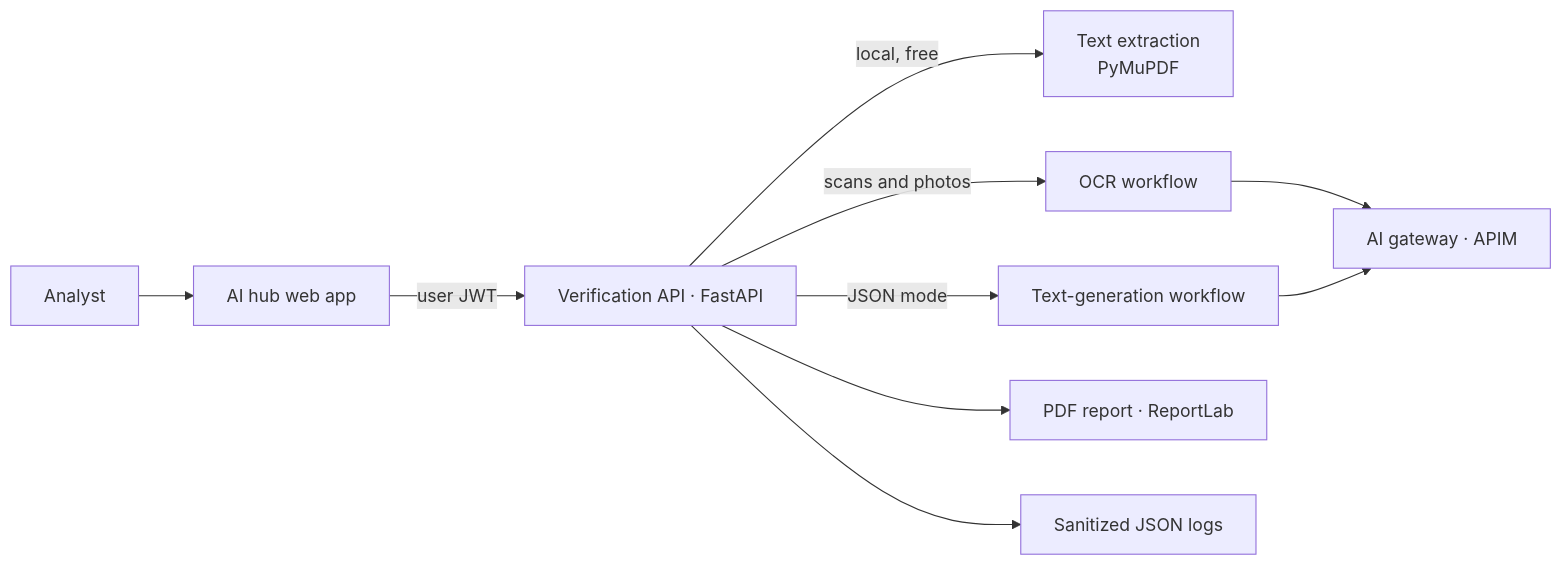
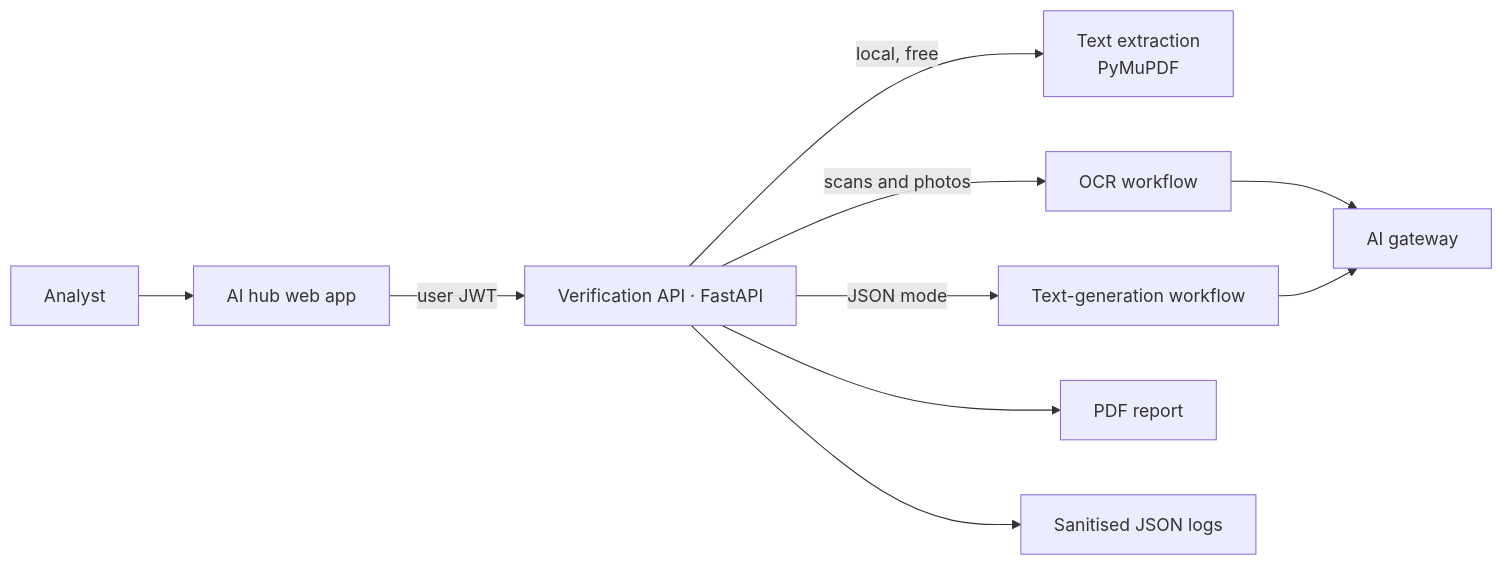
The diagram in README.md (lucasboliveirasipp/document-verification-api), drawn with Mermaid before and after one commit. The commit also changed other lines of this file and 68 other files, not shown here.

````diff
--- a/README.md
+++ b/README.md
@@ -22,11 +17,11 @@
 ```mermaid
 graph LR
     U[Analyst] --> F[AI hub web app]
     F -->|user JWT| B[Verification API · FastAPI]
     B -->|local, free| X[Text extraction<br/>PyMuPDF]
     B -->|scans and photos| O[OCR workflow]
     B -->|JSON mode| G[Text-generation workflow]
-    O & G --> A[AI gateway · APIM]
-    B --> P[PDF report · ReportLab]
-    B --> L[Sanitized JSON logs]
+    O & G --> A[AI gateway]
+    B --> P[PDF report]
+    B --> L[Sanitised JSON logs]
 ```
````
